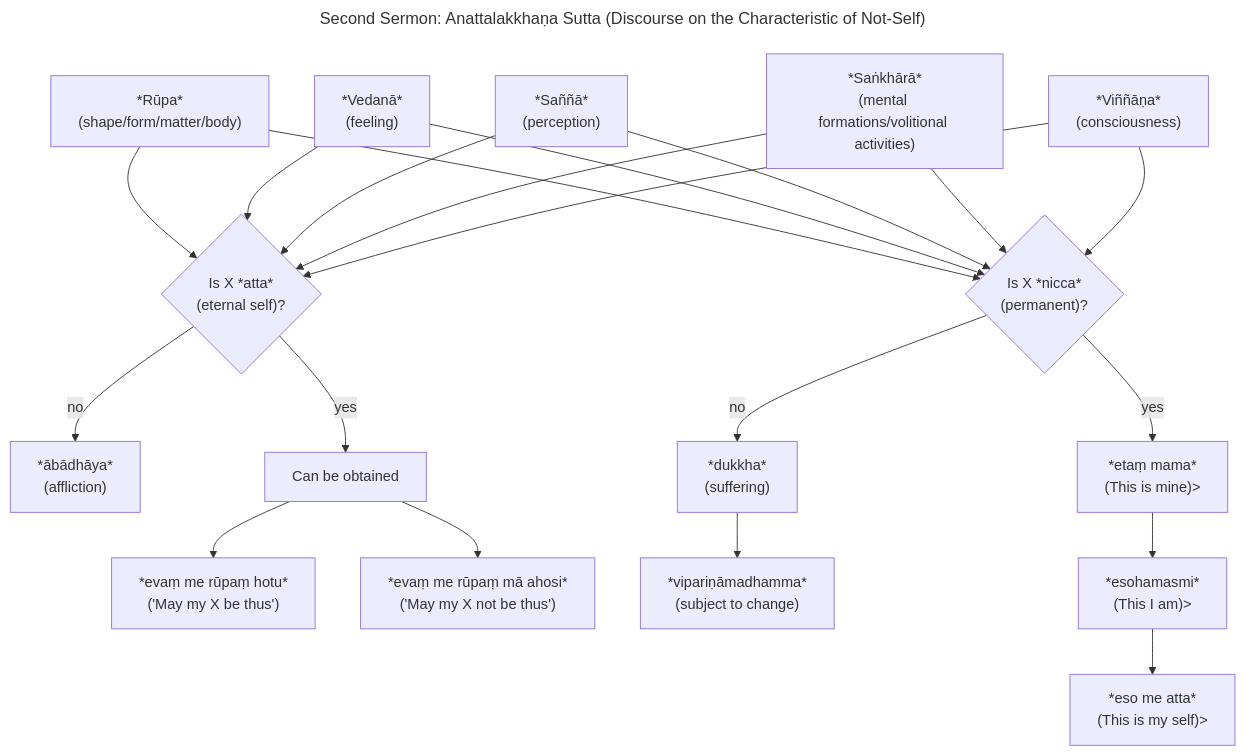
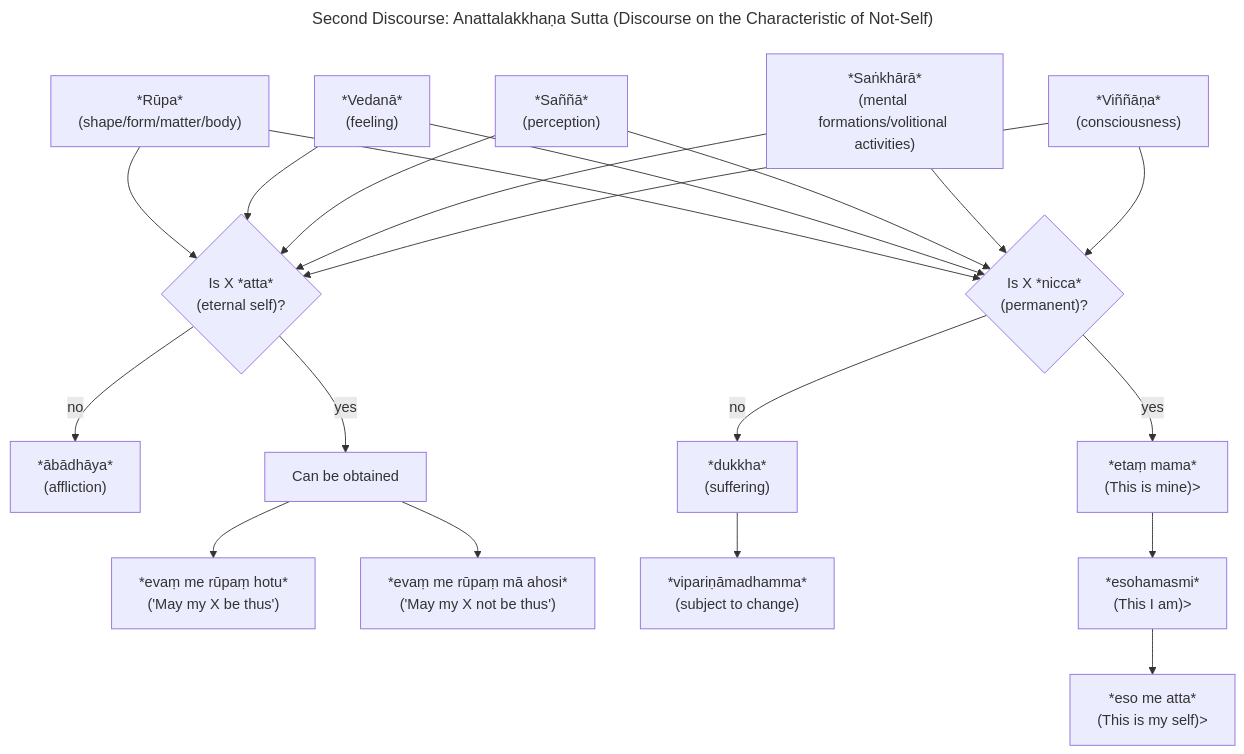
Diagram 11 of 14 in content/Khandhaka/1.6.md (ChristineTham/tidipa), drawn with Mermaid before and after one commit. The commit also changed other lines of this file and 10 other files, not shown here.

````diff
--- a/content/Khandhaka/1.6.md
+++ b/content/Khandhaka/1.6.md
@@ -509,26 +509,26 @@
 ```mermaid
 ---
-title: "Second Sermon: Anattalakkhaṇa Sutta (Discourse on the Characteristic of Not-Self)"
+title: "Second Discourse: Anattalakkhaṇa Sutta (Discourse on the Characteristic of Not-Self)"
 ---
 graph
 R["*Rūpa*<br>(shape/form/matter/body)"]
 V["*Vedanā*<br>(feeling)"]
 S["*Saññā*<br>(perception)"]
 S2["*Saṅkhārā*<br>(mental formations/volitional activities)"]
 V2["*Viññāṇa*<br>(consciousness)"]
 D{"Is X *atta*<br>(eternal self)?"}
 A["*ābādhāya*<br>(affliction)"]
 L["Can be obtained"]
 L1["*evaṃ me rūpaṃ hotu*<br>('May my X be thus')"]
 L2["*evaṃ me rūpaṃ mā ahosi*<br>('May my X not be thus')"]
 R & V & S & S2 & V2 --> D -->|yes| L --> L1 & L2
 D -->|no| A
 D2{"Is X *nicca*<br>(permanent)?"}
 Du["*dukkha*<br>(suffering)"]
 VP["*vipariṇāmadhamma*<br>(subject to change)"]
 E1["*etaṃ mama*<br>(This is mine)>"]
 E2["*esohamasmi*<br>(This I am)>"]
 E3["*eso me atta*<br>(This is my self)>"]
 R & V & S & S2 & V2 --> D2 -->|yes| E1 --> E2 --> E3
 D2 -->|no| Du --> VP
 ```
````
